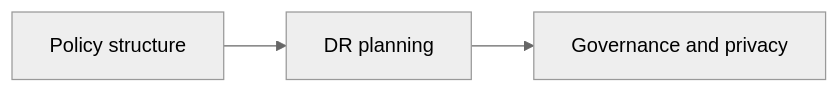
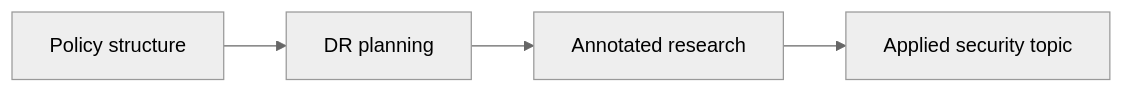
The diagram in README.md (Jkbarros/ia329-policy-development-info-assurance), drawn with Mermaid (neutral theme) before and after one commit. The commit also changed other lines of this file and 15 other files, not shown here.

````diff
--- a/README.md
+++ b/README.md
@@ -24,7 +34,8 @@
 ```mermaid
 flowchart LR
   P[Policy structure]
   DR[DR planning]
-  G[Governance and privacy]
-  P --> DR --> G
+  R[Annotated research]
+  A[Applied security topic]
+  P --> DR --> R --> A
 ```
````
